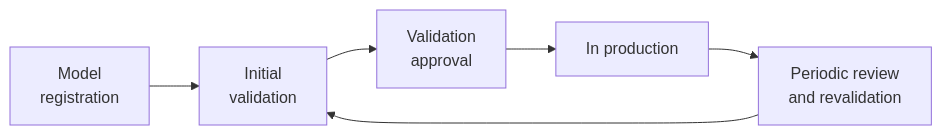
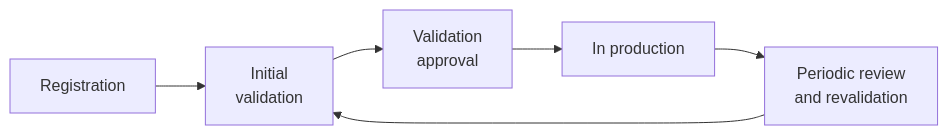
One commit to validmind/documentation changed the diagram in site/about/overview.qmd. Above: the diagram before and after it, drawn with Mermaid. The commit also changed other lines of this file and 17 other files, not shown here.

````diff
--- a/site/about/overview.qmd
+++ b/site/about/overview.qmd
@@ -114,8 +127,8 @@
 ```{mermaid}
 graph LR
-    A[Model<br>registration] --> B[Initial<br>validation]
+    A[Registration] --> B[Initial<br>validation]
     B --> C[Validation<br>approval]
     C --> D[In production]
     D --> E[Periodic review<br>and revalidation]
     E --> B
 ```
````
